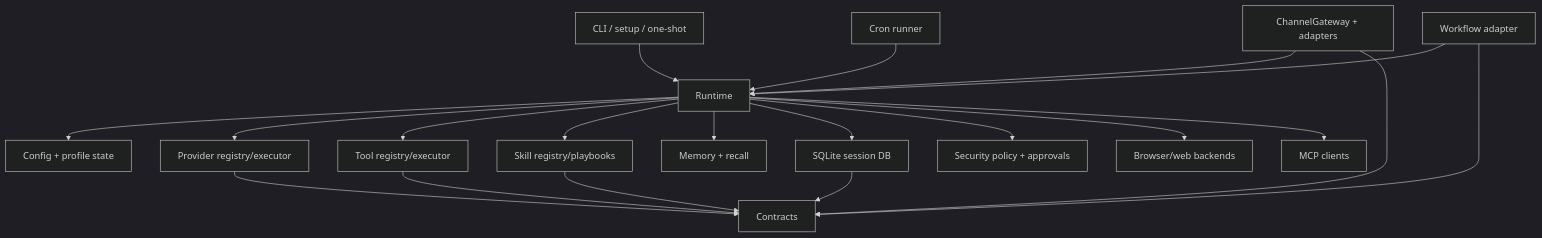
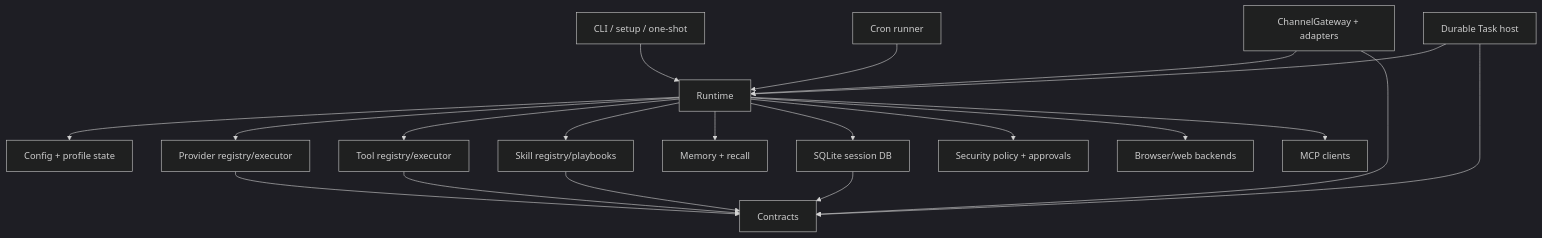
Before and after one commit to sifr01-labs/EstaCoda: the diagram in docs/architecture/dependency-map.md, drawn with Mermaid (dark theme). The commit also changed other lines of this file and 33 other files, not shown here.

Commit message:
refactor(tasks): remove obsolete workflow architecture

````diff
--- a/docs/architecture/dependency-map.md
+++ b/docs/architecture/dependency-map.md
@@ -34,24 +34,24 @@
 ```mermaid
 graph TD
     CLI["CLI / setup / one-shot"] --> Runtime["Runtime"]
     Channels["ChannelGateway + adapters"] --> Runtime
     Cron["Cron runner"] --> Runtime
-    Workflow["Workflow adapter"] --> Runtime
+    Tasks["Durable Task host"] --> Runtime
 
     Runtime --> Config["Config + profile state"]
     Runtime --> Providers["Provider registry/executor"]
     Runtime --> Tools["Tool registry/executor"]
     Runtime --> Skills["Skill registry/playbooks"]
     Runtime --> Memory["Memory + recall"]
     Runtime --> Session["SQLite session DB"]
     Runtime --> Security["Security policy + approvals"]
     Runtime --> Browser["Browser/web backends"]
     Runtime --> MCP["MCP clients"]
 
     Providers --> Contracts["Contracts"]
     Tools --> Contracts
     Skills --> Contracts
     Channels --> Contracts
     Session --> Contracts
-    Workflow --> Contracts
+    Tasks --> Contracts
 ```
````
